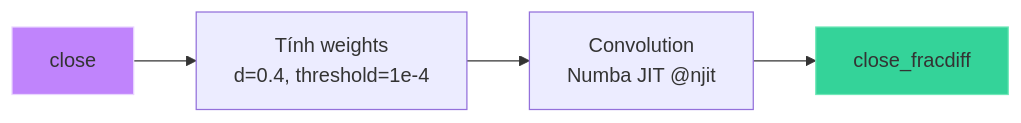
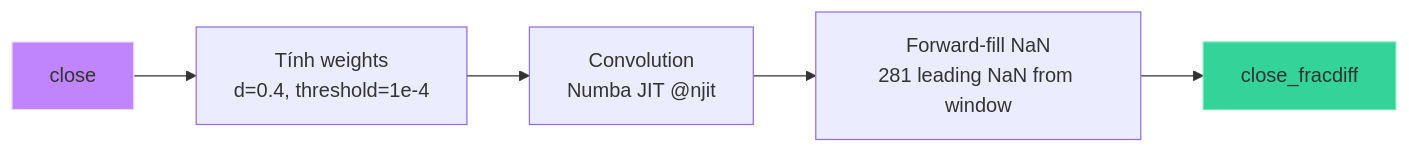
Before and after one commit to ultimateBroK/thesis-compact: the third of 4 diagrams in docs/feature-engineering.md, drawn with Mermaid. The commit also changed other lines of this file and 14 other files, not shown here.

````diff
--- a/docs/feature-engineering.md
+++ b/docs/feature-engineering.md
@@ -145,9 +126,10 @@
 ```mermaid
 flowchart LR
     A["close"] --> B["Tính weights<br/>d=0.4, threshold=1e-4"]
     B --> C["Convolution<br/>Numba JIT @njit"]
-    C --> D["close_fracdiff"]
+    C --> D["Forward-fill NaN<br/>281 leading NaN from window"]
+    D --> E["close_fracdiff"]
 
     style A fill:#c084fc,stroke:#e9d5ff
-    style D fill:#34d399,stroke:#6ee7b7
+    style E fill:#34d399,stroke:#6ee7b7
 ```
````
